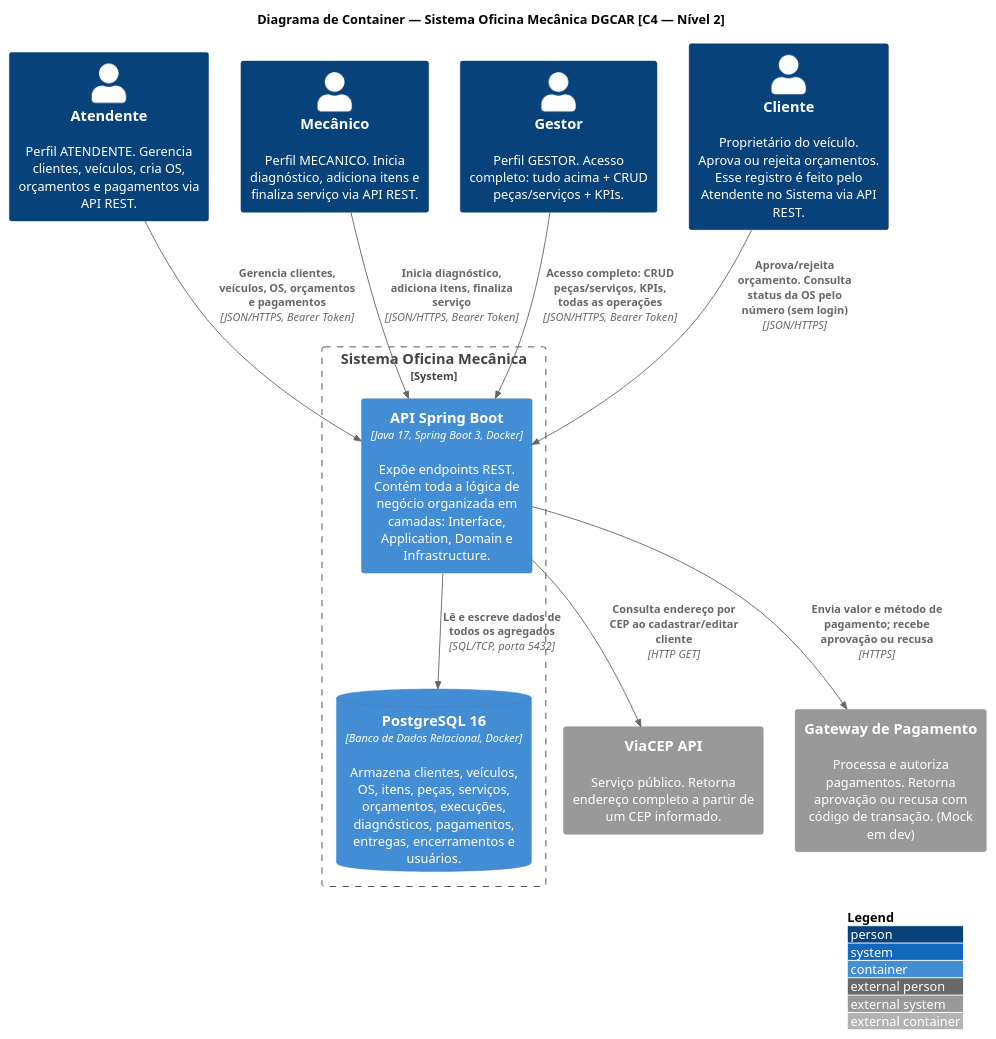
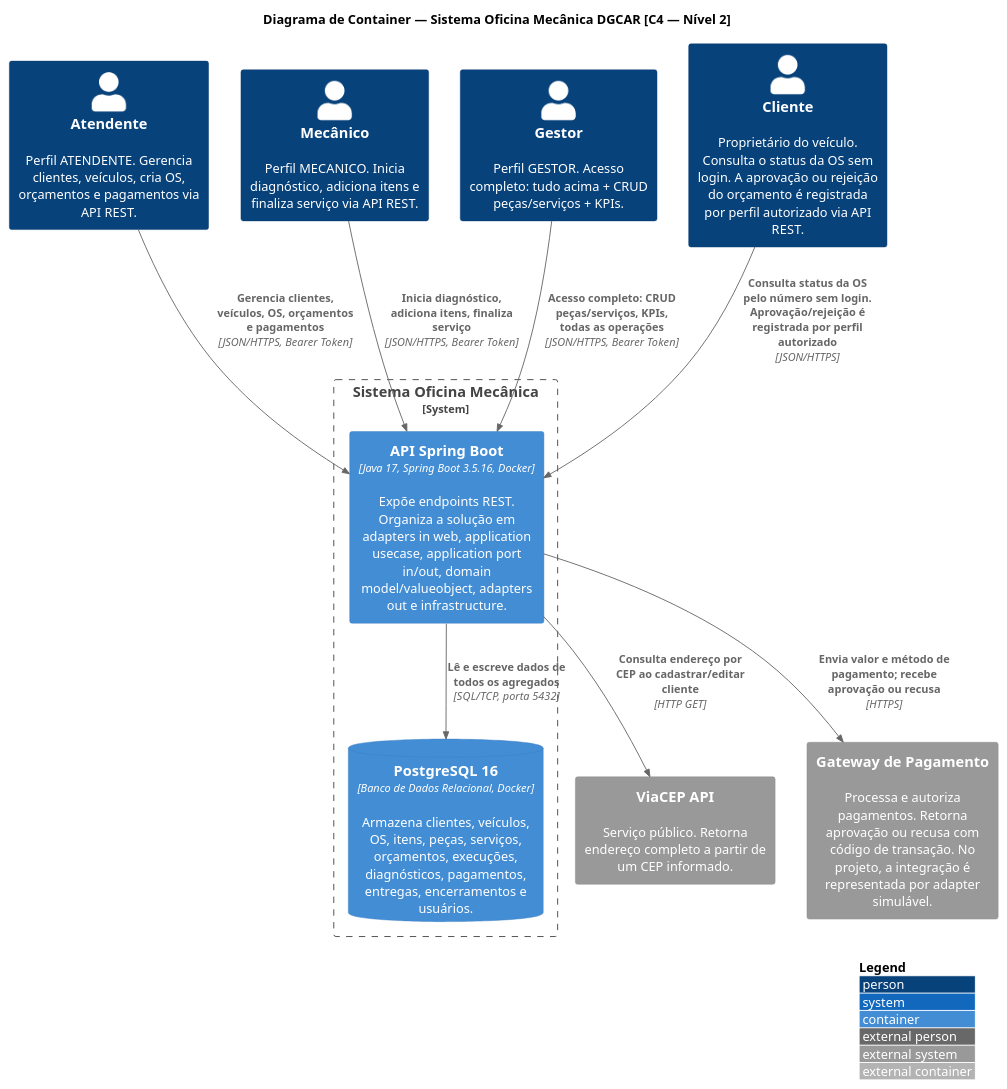
One commit to techdgconsulting/mvp-posfiap-oficina-mecanica changed the diagram in docs/diagramas/C4/2-diagram-container.puml. Above: the diagram before and after it, drawn with PlantUML. The commit also changed 606 other files, not shown here.

```diff
--- a/docs/diagramas/C4/2-diagram-container.puml
+++ b/docs/diagramas/C4/2-diagram-container.puml
@@ -1,44 +1,44 @@
 @startuml C4_Container_OficinaMecanica
 !include <C4/C4_Container>
 
 LAYOUT_TOP_DOWN()
 LAYOUT_WITH_LEGEND()
 
 title Diagrama de Container — Sistema Oficina Mecânica DGCAR [C4 — Nível 2]
 
 ' ─── OBJETIVOS ────────────────────────────────────────────────────────
 'Visão dos principais blocos de construção do sistema (APIs, DB, etc).
 
 ' ─── USO ──────────────────────────────────────────────────────────────
 'Facilita a compreensão de dependências e do fluxo de dados entre os conteineres.
 
 
 ' ─── PESSOAS ──────────────────────────────────────────────────────────────────
 Person(atendente, "Atendente", "Perfil ATENDENTE. Gerencia clientes, veículos, cria OS, orçamentos e pagamentos via API REST.")
 Person(mecanico, "Mecânico", "Perfil MECANICO. Inicia diagnóstico, adiciona itens e finaliza serviço via API REST.")
 Person(gestor, "Gestor", "Perfil GESTOR. Acesso completo: tudo acima + CRUD peças/serviços + KPIs.")
-Person(cliente, "Cliente", "Proprietário do veículo. Aprova ou rejeita orçamentos. Esse registro é feito pelo Atendente no Sistema via API REST.")
+Person(cliente, "Cliente", "Proprietário do veículo. Consulta o status da OS sem login. A aprovação ou rejeição do orçamento é registrada por perfil autorizado via API REST.")
 
 ' ─── SISTEMAS EXTERNOS ────────────────────────────────────────────────────────
 System_Ext(viacep, "ViaCEP API", "Serviço público. Retorna endereço completo a partir de um CEP informado.")
-System_Ext(gateway, "Gateway de Pagamento", "Processa e autoriza pagamentos. Retorna aprovação ou recusa com código de transação. (Mock em dev)")
+System_Ext(gateway, "Gateway de Pagamento", "Processa e autoriza pagamentos. Retorna aprovação ou recusa com código de transação. No projeto, a integração é representada por adapter simulável.")
 
 ' ─── SISTEMA: OFICINA MECÂNICA ────────────────────────────────────────────────
 System_Boundary(oficina, "Sistema Oficina Mecânica") {
 
-    Container(api, "API Spring Boot", "Java 17, Spring Boot 3, Docker", "Expõe endpoints REST. Contém toda a lógica de negócio organizada em camadas: Interface, Application, Domain e Infrastructure.")
+    Container(api, "API Spring Boot", "Java 17, Spring Boot 3.5.16, Docker", "Expõe endpoints REST. Organiza a solução em adapters in web, application usecase, application port in/out, domain model/valueobject, adapters out e infrastructure.")
 
     ContainerDb(db, "PostgreSQL 16", "Banco de Dados Relacional, Docker", "Armazena clientes, veículos, OS, itens, peças, serviços, orçamentos, execuções, diagnósticos, pagamentos, entregas, encerramentos e usuários.")
 }
 
 ' ─── RELACIONAMENTOS ──────────────────────────────────────────────────────────
 Rel(atendente, api, "Gerencia clientes, veículos, OS, orçamentos e pagamentos", "JSON/HTTPS, Bearer Token")
 Rel(mecanico, api, "Inicia diagnóstico, adiciona itens, finaliza serviço", "JSON/HTTPS, Bearer Token")
 Rel(gestor, api, "Acesso completo: CRUD peças/serviços, KPIs, todas as operações", "JSON/HTTPS, Bearer Token")
-Rel(cliente, api, "Aprova/rejeita orçamento. Consulta status da OS pelo número (sem login)", "JSON/HTTPS")
+Rel(cliente, api, "Consulta status da OS pelo número sem login. Aprovação/rejeição é registrada por perfil autorizado", "JSON/HTTPS")
 
 Rel(api, db, "Lê e escreve dados de todos os agregados", "SQL/TCP, porta 5432")
 Rel(api, viacep, "Consulta endereço por CEP ao cadastrar/editar cliente", "HTTP GET")
 Rel(api, gateway, "Envia valor e método de pagamento; recebe aprovação ou recusa", "HTTPS")
 
 @enduml
```
